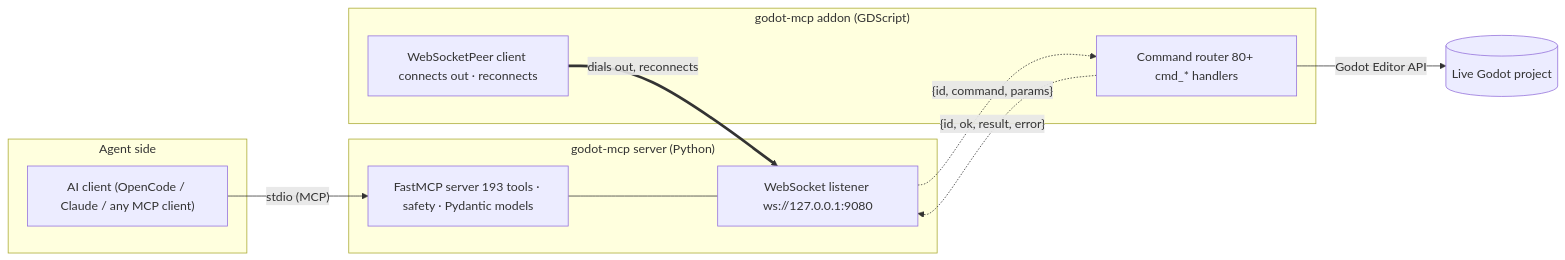
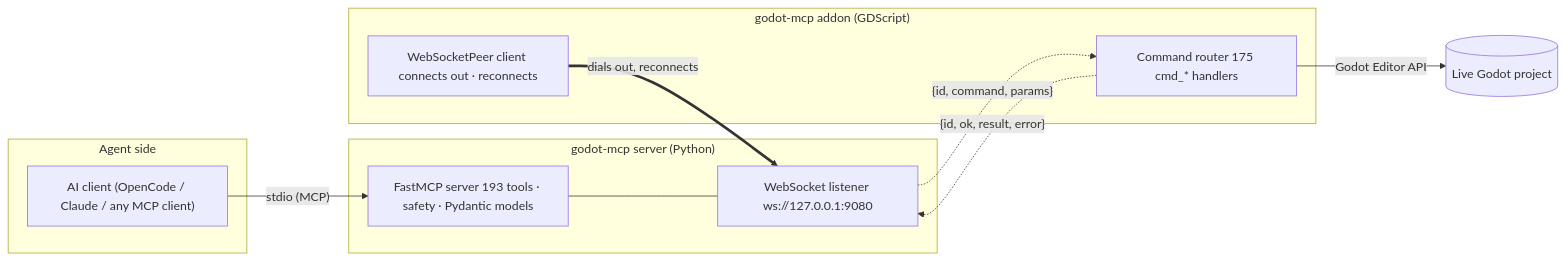
One commit to hybridindie/godot-mcp changed the diagram in docs/site/architecture/index.md. Above: the diagram before and after it, drawn with Mermaid. The commit also changed other lines of this file and 12 other files, not shown here.

````diff
--- a/docs/site/architecture/index.md
+++ b/docs/site/architecture/index.md
@@ -14,21 +14,21 @@
 ```mermaid
 flowchart LR
     subgraph client["Agent side"]
         AI["AI client (OpenCode / Claude / any MCP client)"]
     end
     subgraph server["godot-mcp server (Python)"]
         SRV["FastMCP server 193 tools · safety · Pydantic models"]
         BR["WebSocket listener ws://127.0.0.1:9080"]
     end
     subgraph addon["godot-mcp addon (GDScript)"]
         WS["WebSocketPeer client connects out · reconnects"]
-        RT["Command router 80+ cmd_* handlers"]
+        RT["Command router 175 cmd_* handlers"]
     end
     ED[("Live Godot project")]
     AI -->|"stdio (MCP)"| SRV
     SRV --- BR
     WS ==>|"dials out, reconnects"| BR
     BR -.->|"{id, command, params}"| RT
     RT -->|"Godot Editor API"| ED
     RT -.->|"{id, ok, result, error}"| BR
 ```
````
